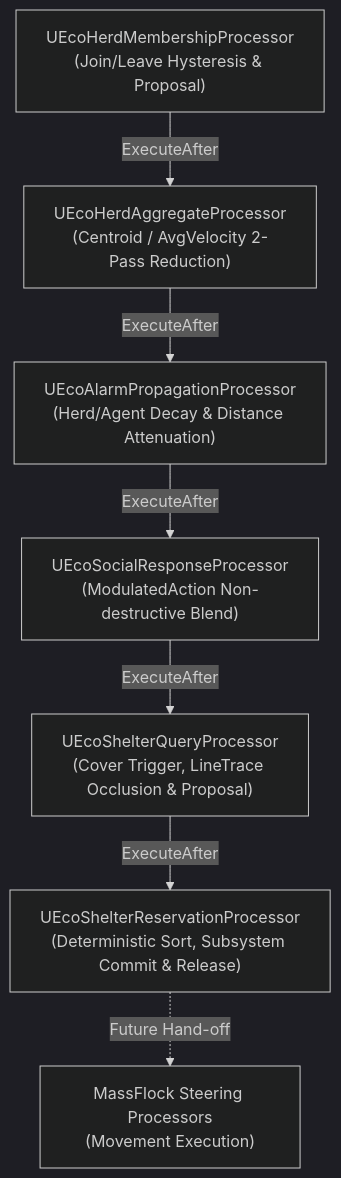
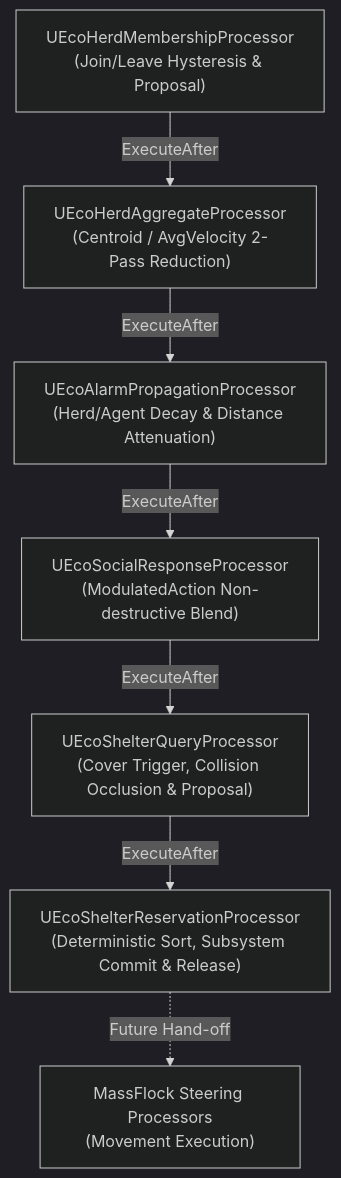
The diagram in AdaptiveEcosystem/Docs/조연우/SOCIAL_BEHAVIOR_RUNTIME_CURRENT_STATE.md (dpqksr5501/AdaptiveEcosystem), drawn with Mermaid (dark theme) before and after one commit. The commit also changed other lines of this file and 7 other files, not shown here.

Commit message:
fix(shelter): handle origin threats and verify JYU occlusion

````diff
--- a/AdaptiveEcosystem/Docs/조연우/SOCIAL_BEHAVIOR_RUNTIME_CURRENT_STATE.md
+++ b/AdaptiveEcosystem/Docs/조연우/SOCIAL_BEHAVIOR_RUNTIME_CURRENT_STATE.md
@@ -80,9 +80,9 @@
 ```mermaid
 graph TD
     A["UEcoHerdMembershipProcessor<br/>(Join/Leave Hysteresis & Proposal)"] -->|ExecuteAfter| B["UEcoHerdAggregateProcessor<br/>(Centroid / AvgVelocity 2-Pass Reduction)"]
     B -->|ExecuteAfter| C["UEcoAlarmPropagationProcessor<br/>(Herd/Agent Decay & Distance Attenuation)"]
     C -->|ExecuteAfter| D["UEcoSocialResponseProcessor<br/>(ModulatedAction Non-destructive Blend)"]
-    D -->|ExecuteAfter| E["UEcoShelterQueryProcessor<br/>(Cover Trigger, LineTrace Occlusion & Proposal)"]
+    D -->|ExecuteAfter| E["UEcoShelterQueryProcessor<br/>(Cover Trigger, Collision Occlusion & Proposal)"]
     E -->|ExecuteAfter| F["UEcoShelterReservationProcessor<br/>(Deterministic Sort, Subsystem Commit & Release)"]
     F -.->|Future Hand-off| G["MassFlock Steering Processors<br/>(Movement Execution)"]
 ```
````
